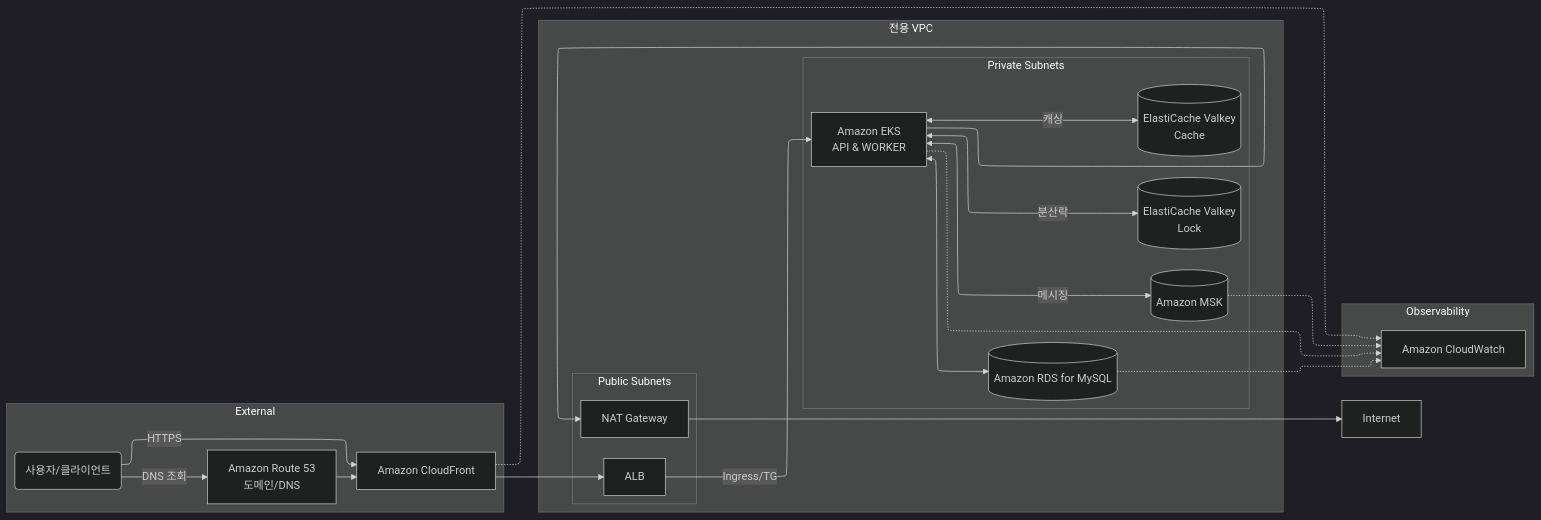
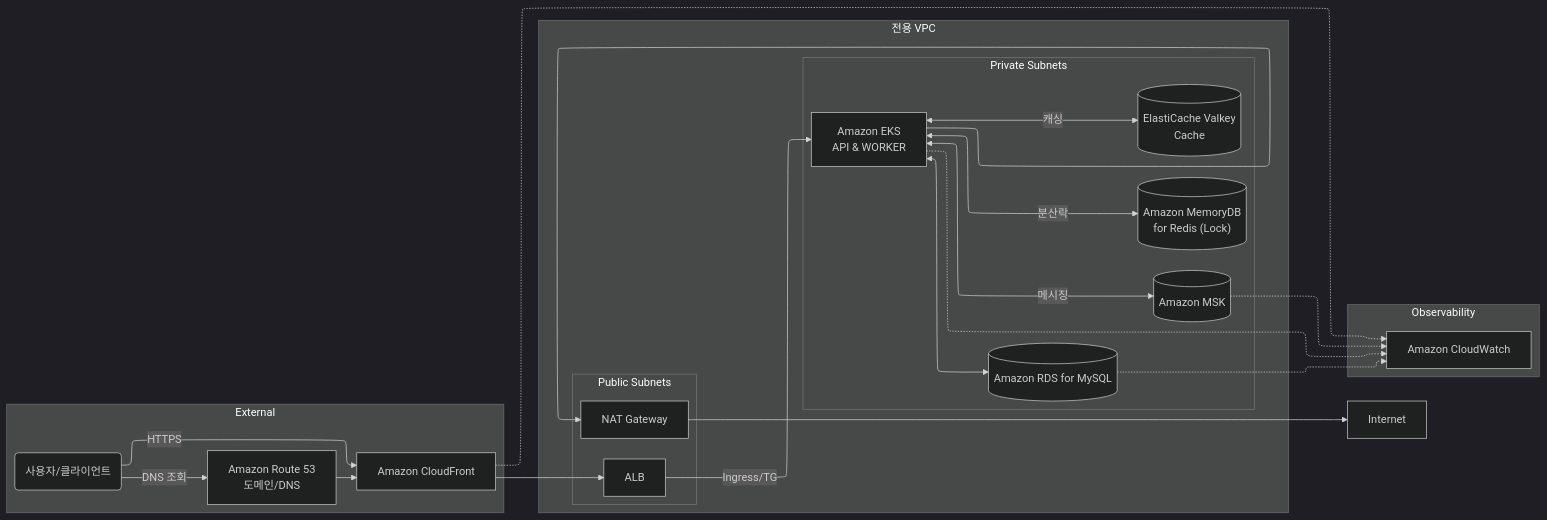
The diagram in docs/인프라구성도.md (hayden-han/virtual-2-commerce), drawn with Mermaid (dark theme) before and after one commit. The commit also changed other lines of this file, not shown here.

````diff
--- a/docs/인프라구성도.md
+++ b/docs/인프라구성도.md
@@ -6,45 +6,45 @@
 ```mermaid
 %%{init: {'flowchart': { 'defaultRenderer': 'elk', 'htmlLabels': true }}}%%
 flowchart LR
     subgraph EXT["External"]
         direction LR
         Client("사용자/클라이언트")
         Route53["Amazon Route 53<br>도메인/DNS"]
         CF["Amazon CloudFront"]
     end
     subgraph subGraph1["Public Subnets"]
         ALB["ALB"]
         NAT["NAT Gateway"]
     end
     subgraph subGraph2["Private Subnets"]
         EKS["Amazon EKS<br>API &amp; WORKER"]
         RDS[("Amazon RDS for MySQL")]
         VALKEY_CACHE[("ElastiCache Valkey<br>Cache")]
-        VALKEY_LOCK[("ElastiCache Valkey<br>Lock")]
+        MEMORYDB_DISTRIBUTE_LOCK[("Amazon MemoryDB<br>for Redis (Lock)")]
         MSK[("Amazon MSK")]
     end
     subgraph VPC["전용 VPC"]
         direction LR
             subGraph1
             subGraph2
     end
     subgraph OBS["Observability"]
         direction TB
             CW["Amazon CloudWatch"]
     end
     Client -- DNS 조회 --> Route53
     Route53 --> CF
     Client -- HTTPS --> CF
     CF --> ALB
     ALB -- Ingress/TG --> EKS
     EKS <-- 캐싱 --> VALKEY_CACHE
     EKS <-- 메시징 --> MSK
     EKS <--> RDS
-    EKS <-- 분산락 --> VALKEY_LOCK
+    EKS <-- 분산락 --> MEMORYDB_DISTRIBUTE_LOCK
     CF -.-> CW
     EKS -.-> CW
     RDS -.-> CW
     MSK -.-> CW
     EKS ---> NAT
     NAT --> Internet["Internet"]
 ```
````
